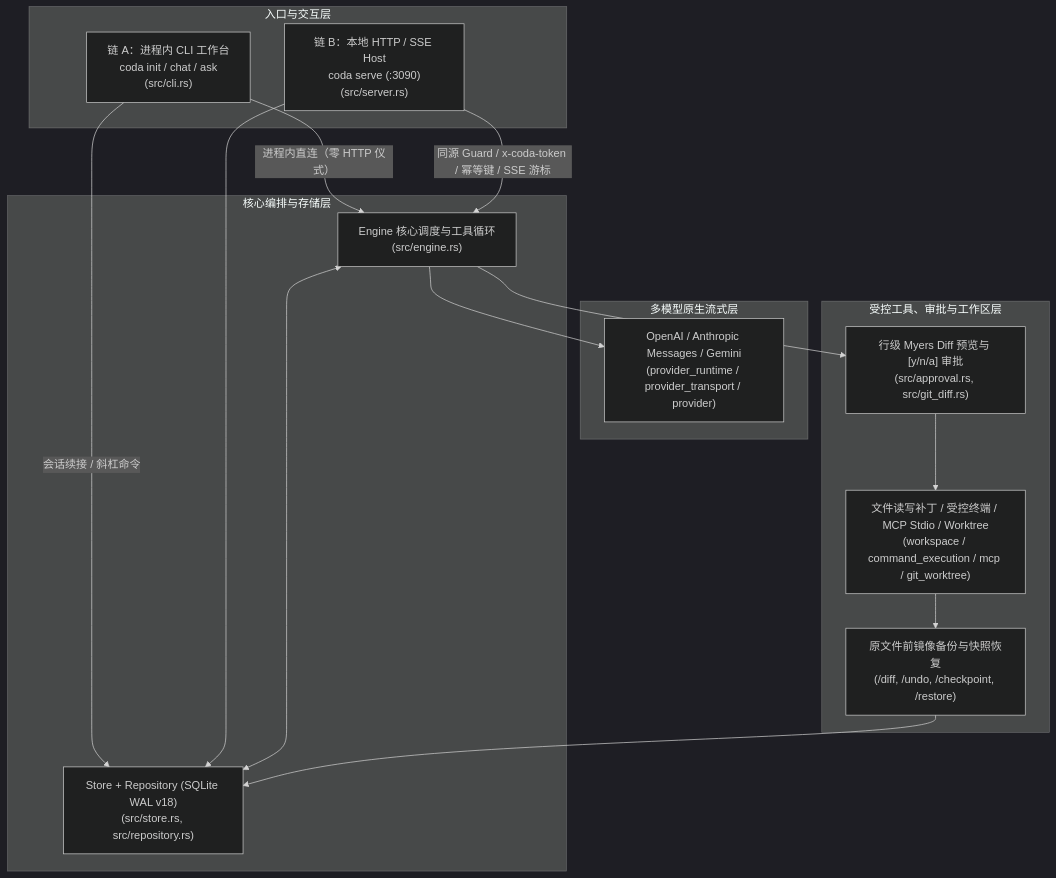
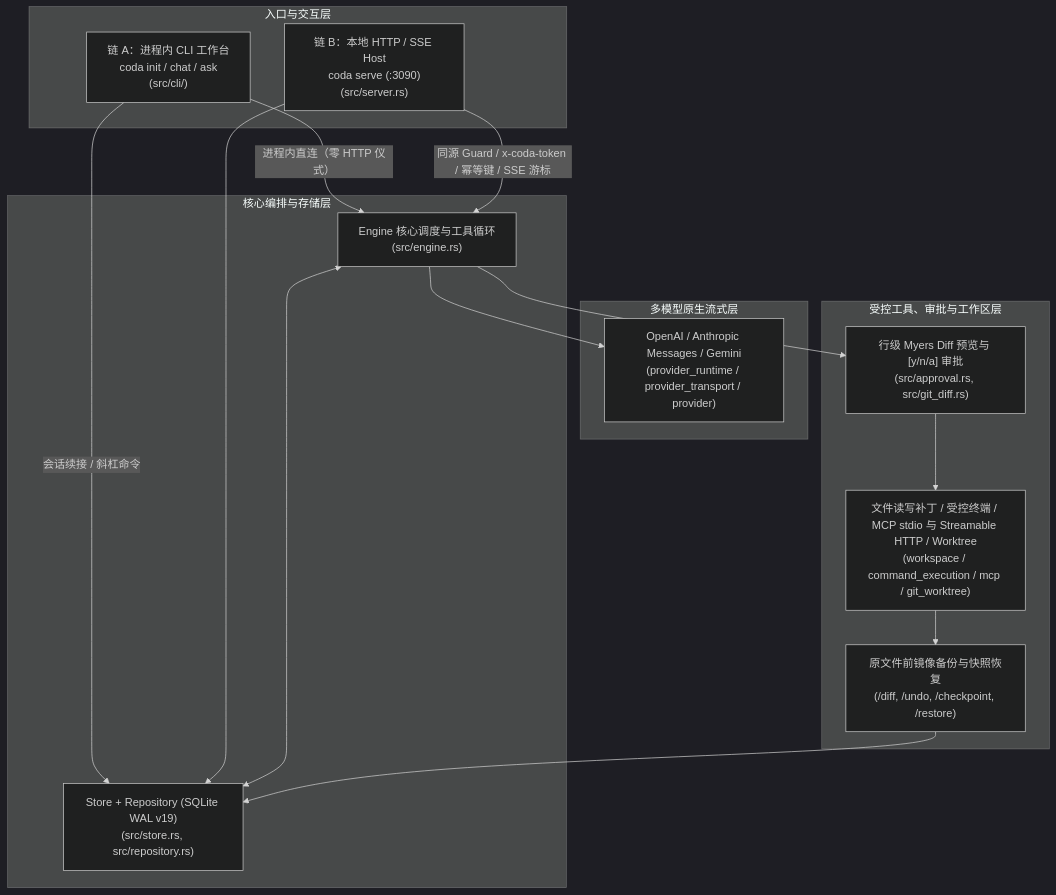
One commit to Waitforw1nd/NoHumanCode changed the diagram in PROJECT-MAP.md. Above: the diagram before and after it, drawn with Mermaid (dark theme). The commit also changed other lines of this file and 61 other files, not shown here.

````diff
--- a/PROJECT-MAP.md
+++ b/PROJECT-MAP.md
@@ -50,33 +50,33 @@
 ```mermaid
 flowchart TD
     subgraph Entry["入口与交互层"]
-        CLI["链 A：进程内 CLI 工作台<br/>coda init / chat / ask<br/>(src/cli.rs)"]
+        CLI["链 A：进程内 CLI 工作台<br/>coda init / chat / ask<br/>(src/cli/)"]
         HTTP["链 B：本地 HTTP / SSE Host<br/>coda serve (:3090)<br/>(src/server.rs)"]
     end
 
     subgraph Core["核心编排与存储层"]
         Engine["Engine 核心调度与工具循环<br/>(src/engine.rs)"]
-        Store["Store + Repository (SQLite WAL v18)<br/>(src/store.rs, src/repository.rs)"]
+        Store["Store + Repository (SQLite WAL v19)<br/>(src/store.rs, src/repository.rs)"]
     end
 
     subgraph LLM["多模型原生流式层"]
         Provider["OpenAI / Anthropic Messages / Gemini<br/>(provider_runtime / provider_transport / provider)"]
     end
 
     subgraph Tools["受控工具、审批与工作区层"]
         Approval["行级 Myers Diff 预览与 [y/n/a] 审批<br/>(src/approval.rs, src/git_diff.rs)"]
-        Workspace["文件读写补丁 / 受控终端 / MCP Stdio / Worktree<br/>(workspace / command_execution / mcp / git_worktree)"]
+        Workspace["文件读写补丁 / 受控终端 / MCP stdio 与 Streamable HTTP / Worktree<br/>(workspace / command_execution / mcp / git_worktree)"]
         Recovery["原文件前镜像备份与快照恢复<br/>(/diff, /undo, /checkpoint, /restore)"]
     end
 
     CLI -->|"进程内直连（零 HTTP 仪式）"| Engine
     CLI -->|"会话续接 / 斜杠命令"| Store
     HTTP -->|"同源 Guard / x-coda-token / 幂等键 / SSE 游标"| Engine
     HTTP --> Store
     Engine <--> Store
     Engine --> Provider
     Engine --> Approval
     Approval --> Workspace
     Workspace --> Recovery
     Recovery --> Store
 ```
````
